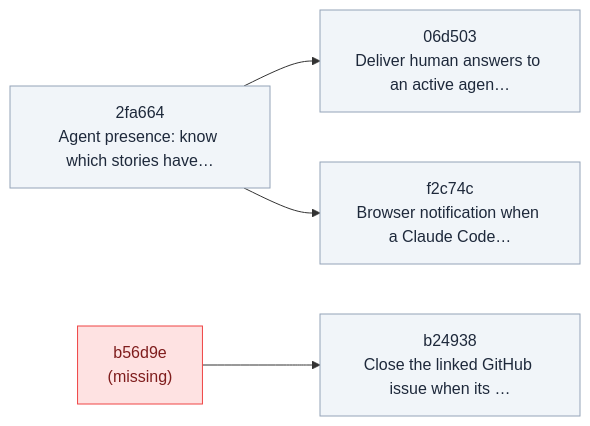
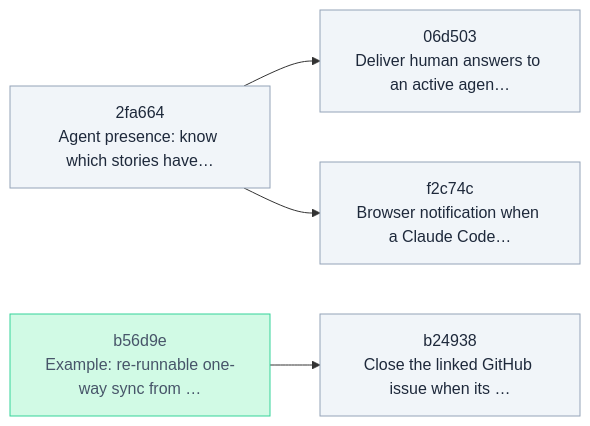
The diagram in .skald/README.md (Vitund-AI/skald), drawn with Mermaid before and after one commit. The commit also changed other lines of this file and 8 other files, not shown here.

First line of the commit message:
Archived blockers count as done, not missing (69e6bd)

````diff
--- a/.skald/README.md
+++ b/.skald/README.md
@@ -16,15 +16,15 @@
 ```mermaid
 flowchart LR
     n_06d503["06d503<br/>Deliver human answers to an active agen…"]
     n_2fa664["2fa664<br/>Agent presence: know which stories have…"]
     n_b24938["b24938<br/>Close the linked GitHub issue when its …"]
-    n_b56d9e["b56d9e<br/>(missing)"]
+    n_b56d9e["b56d9e<br/>Example: re-runnable one-way sync from …"]
     n_f2c74c["f2c74c<br/>Browser notification when a Claude Code…"]
     n_b56d9e --> n_b24938
     n_2fa664 --> n_06d503
     n_2fa664 --> n_f2c74c
     classDef backlog fill:#f1f5f9,stroke:#94a3b8,color:#1e293b
-    classDef unknown fill:#fee2e2,stroke:#ef4444,color:#7f1d1d
+    classDef done fill:#d1fae5,stroke:#34d399,color:#475569
     class n_06d503,n_2fa664,n_b24938,n_f2c74c backlog
-    class n_b56d9e unknown
+    class n_b56d9e done
 ```
````
